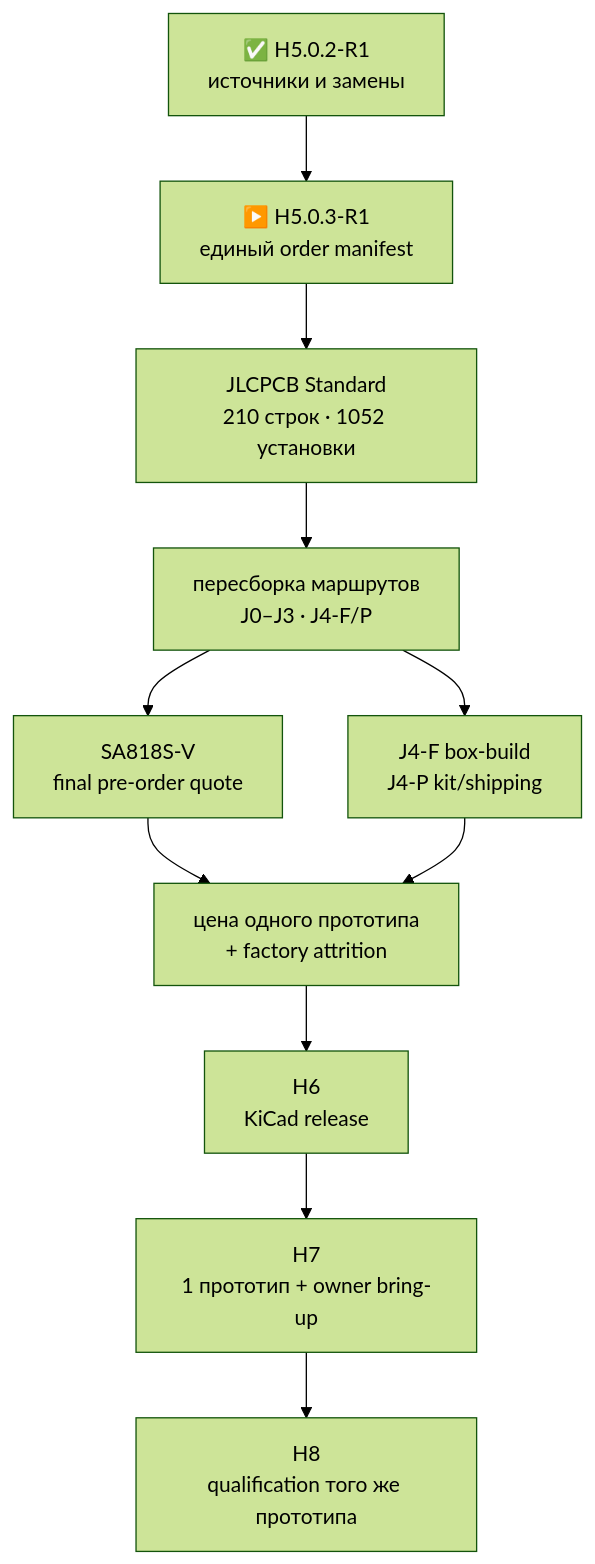
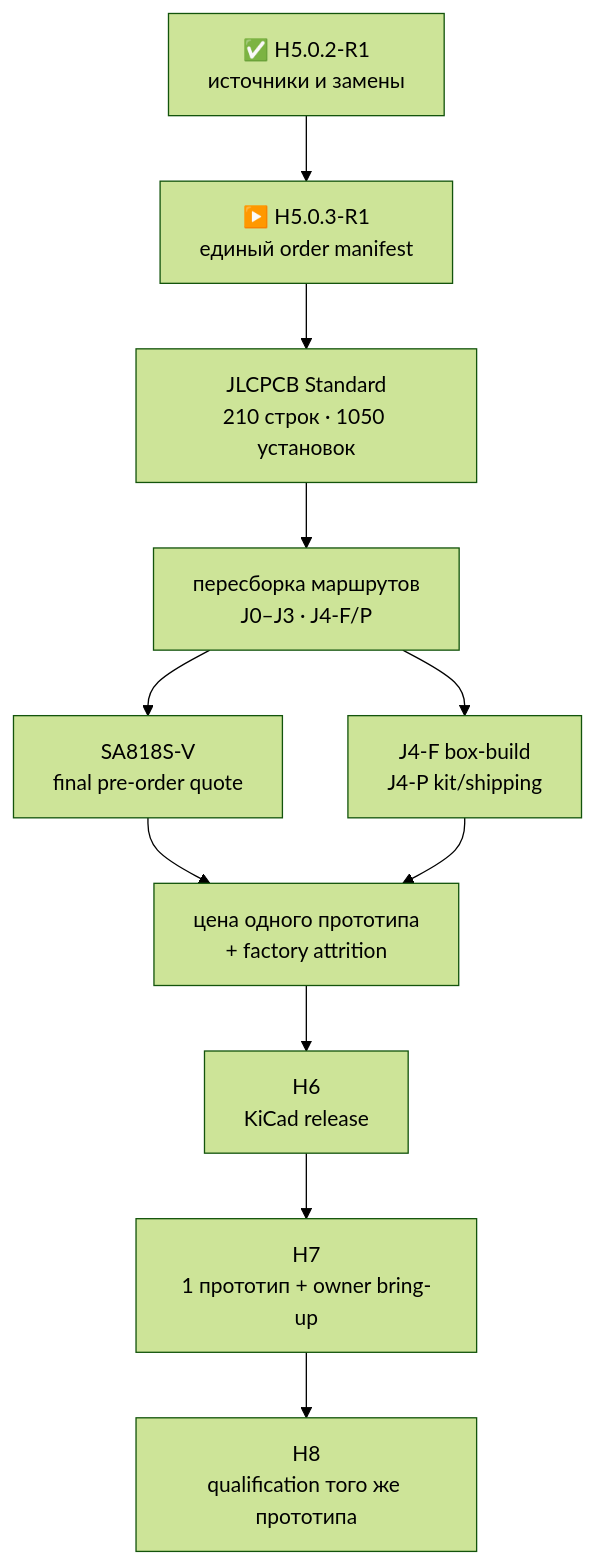
One commit to anton-vinogradov/esp32-leshy2 changed the diagram in docs/component-sample-basket.ru.md. Above: the diagram before and after it, drawn with Mermaid (forest theme). The commit also changed 230 other files, not shown here.

````diff
--- a/docs/component-sample-basket.ru.md
+++ b/docs/component-sample-basket.ru.md
@@ -7,13 +7,13 @@
 ```mermaid
 flowchart TD
   R["✅ H5.0.2-R1<br/>источники и замены"] --> B["▶️ H5.0.3-R1<br/>единый order manifest"]
-  B --> P["JLCPCB Standard<br/>210 строк · 1052 установки"]
+  B --> P["JLCPCB Standard<br/>210 строк · 1050 установок"]
   P --> Q["пересборка маршрутов<br/>J0–J3 · J4-F/P"]
   Q --> S["SA818S-V<br/>final pre-order quote"]
   Q --> X["J4-F box-build<br/>J4-P kit/shipping"]
   S --> A["цена одного прототипа<br/>+ factory attrition"]
   X --> A
   A --> H6["H6<br/>KiCad release"]
   H6 --> H7["H7<br/>1 прототип + owner bring-up"]
   H7 --> H8["H8<br/>qualification того же прототипа"]
 ```
````
